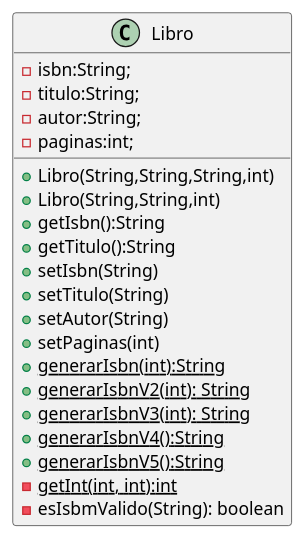
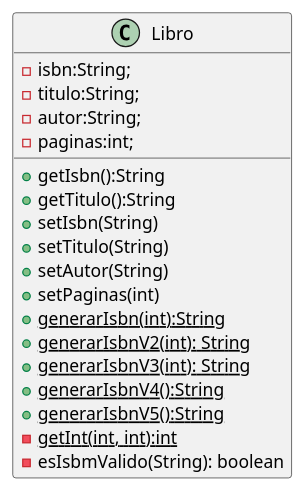
Before and after one commit to FacundoSC/Libros: the diagram in UML/diagramaClases.puml, drawn with PlantUML.

Commit message:
se elimina los constructores

```diff
--- a/UML/diagramaClases.puml
+++ b/UML/diagramaClases.puml
@@ -2,23 +2,21 @@
 @startuml
 class Libro {
    -isbn:String;
    -titulo:String;
    -autor:String;
    -paginas:int;
-   +Libro(String,String,String,int)
-   +Libro(String,String,int)
    +getIsbn():String
    +getTitulo():String
    +setIsbn(String)
    +setTitulo(String)
    +setAutor(String)
    +setPaginas(int)
    +{static}generarIsbn(int):String
    +{static}generarIsbnV2(int): String
    +{static}generarIsbnV3(int): String
    +{static}generarIsbnV4():String
    +{static}generarIsbnV5():String
    -{static}getInt(int, int):int
    - esIsbmValido(String): boolean
 }
 @enduml
```
